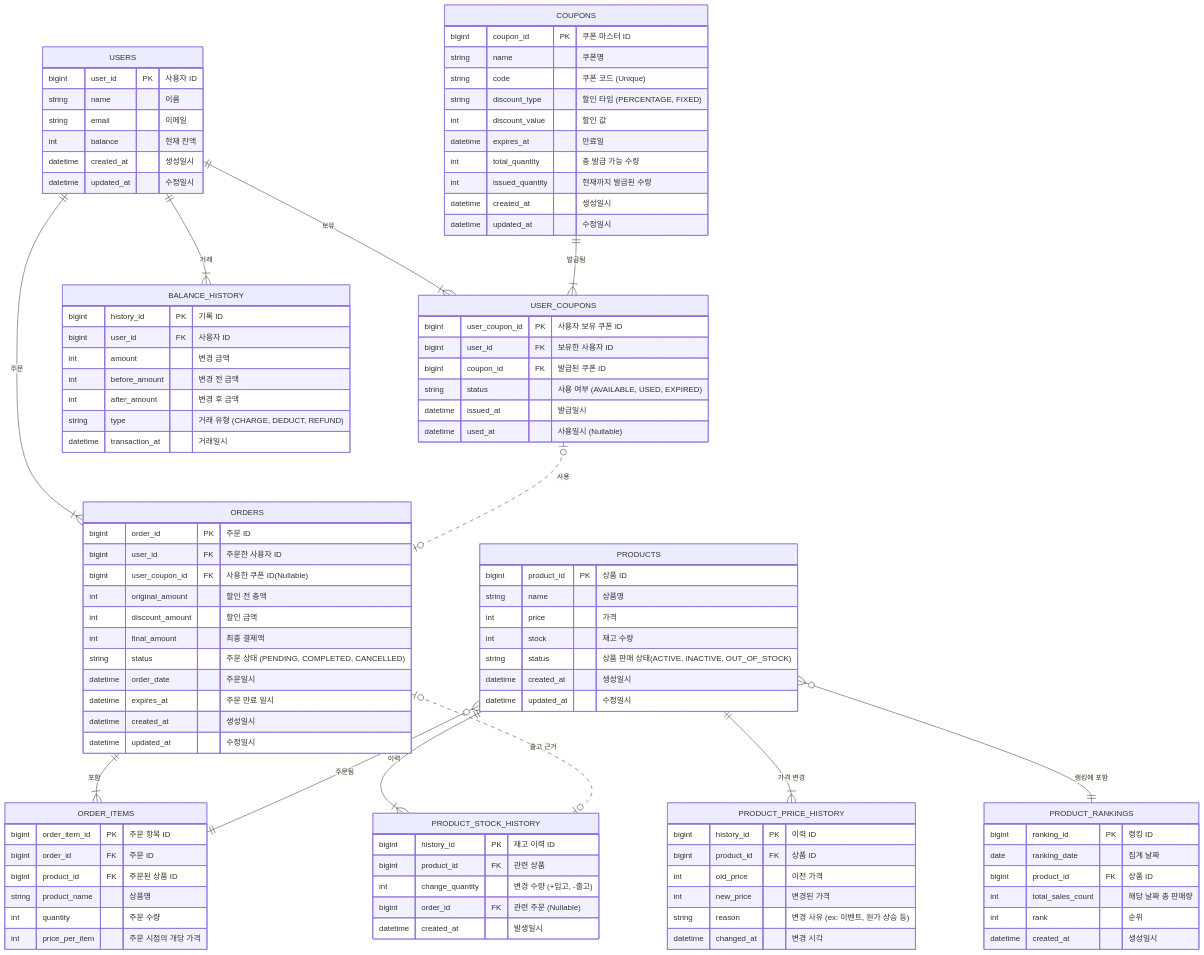
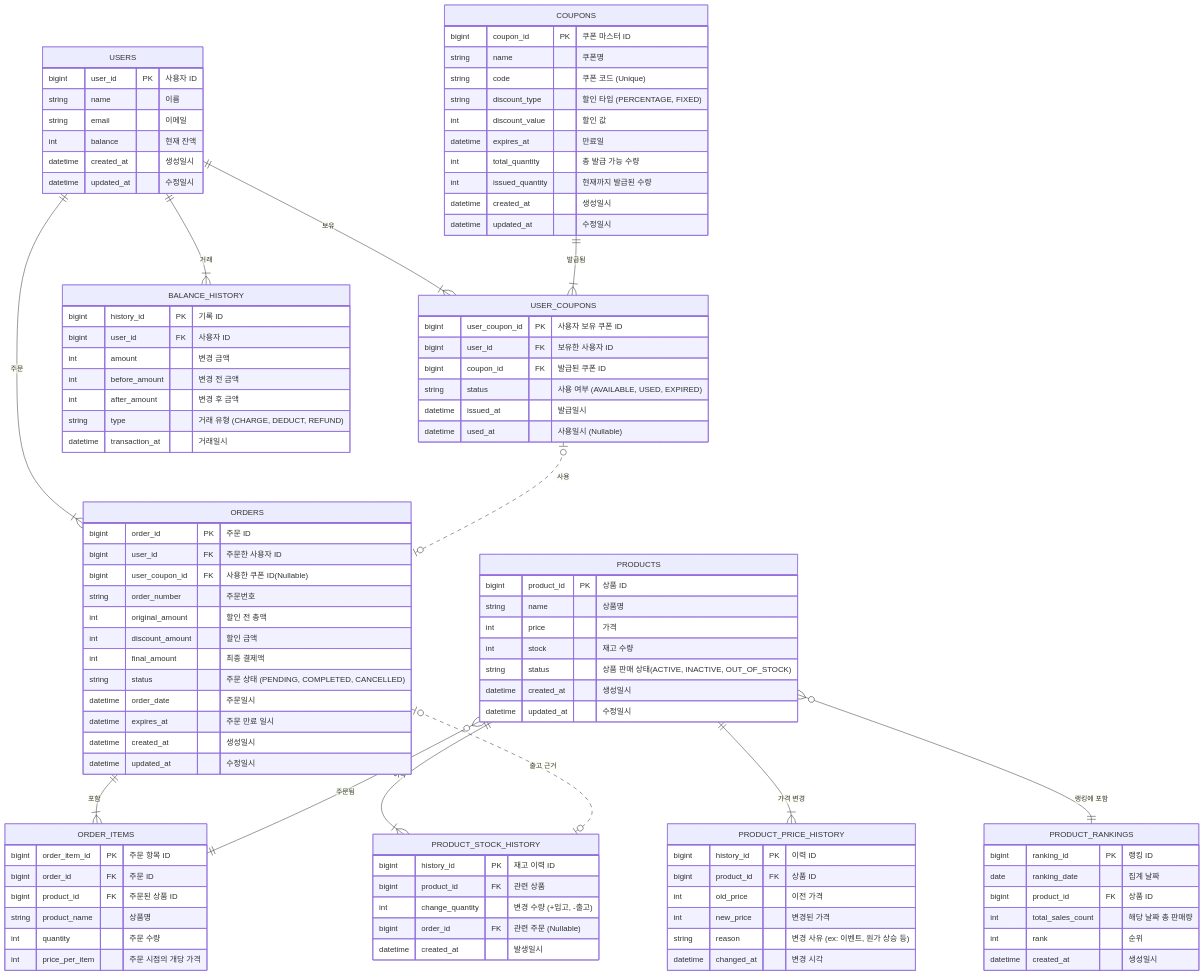
Before and after one commit to kbyunghoon/e-commerce: the diagram in docs/03_erd.md, drawn with Mermaid. The commit also changed 9 other files, not shown here.

```diff
--- a/docs/03_erd.md
+++ b/docs/03_erd.md
@@ -32,6 +32,7 @@
         bigint order_id PK "주문 ID"
         bigint user_id FK "주문한 사용자 ID"
         bigint user_coupon_id FK "사용한 쿠폰 ID(Nullable)"
+        string order_number "주문번호"
         int original_amount "할인 전 총액"
         int discount_amount "할인 금액"
         int final_amount "최종 결제액"
```
